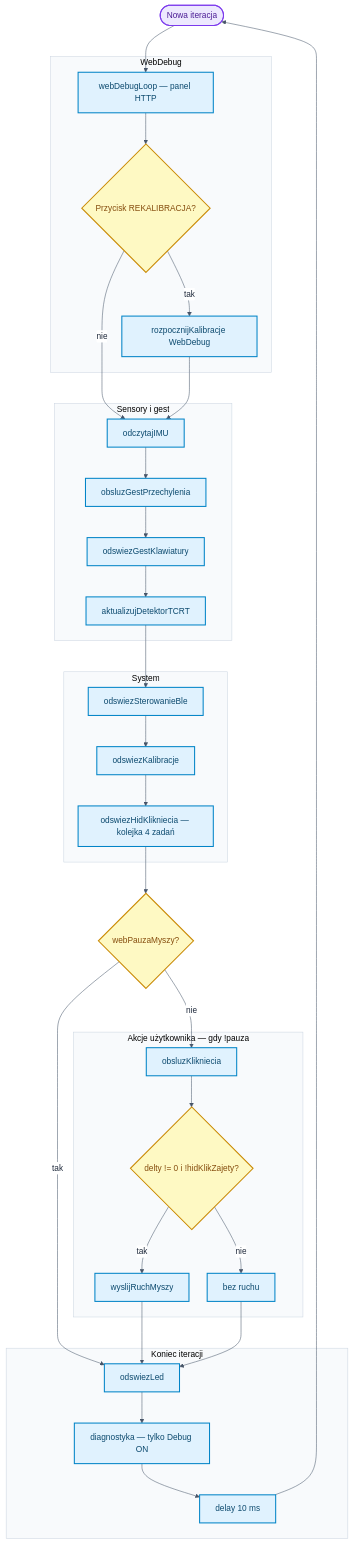
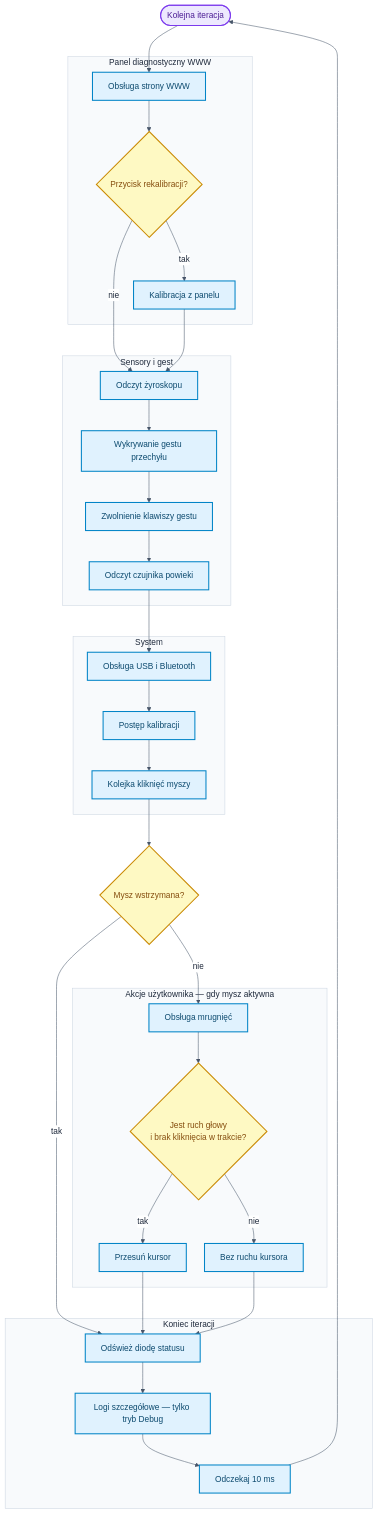
Before and after one commit to bartkadres-ai/HEFAS-4.0: the third of 10 diagrams in README.md, drawn with Mermaid. The commit also changed other lines of this file, not shown here.

````diff
--- a/README.md
+++ b/README.md
@@ -346,67 +346,67 @@
 ```mermaid
-%%{init: {'theme':'base','themeVariables':{'background':'#ffffff','mainBkg':'#ffffff','primaryColor':'#ffffff','primaryTextColor':'#1e293b','primaryBorderColor':'#64748b','lineColor':'#475569','clusterBkg':'#f8fafc','clusterBorder':'#cbd5e1','edgeLabelBackground':'#ffffff'},'flowchart':{'curve':'basis','nodeSpacing':35,'rankSpacing':60}}}%%
+%%{init: {"theme":"base","themeVariables":{"background":"#ffffff","mainBkg":"#ffffff","secondaryColor":"#ffffff","tertiaryColor":"#ffffff","primaryColor":"#ffffff","primaryTextColor":"#1e293b","secondaryTextColor":"#1e293b","tertiaryTextColor":"#1e293b","primaryBorderColor":"#64748b","lineColor":"#475569","clusterBkg":"#f8fafc","clusterBorder":"#cbd5e1","edgeLabelBackground":"#ffffff","textColor":"#1e293b"},"themeCSS":".mermaid,.mermaid svg{background-color:#ffffff!important;padding:8px}.nodeLabel,.edgeLabel,.label,.cluster-label{color:#1e293b!important}.cluster rect{fill:#f8fafc!important;stroke:#cbd5e1!important}","flowchart":{"curve":"basis","nodeSpacing":35,"rankSpacing":60}}}%%
 flowchart TD
-    START([Nowa iteracja]) --> W1
+    START([Kolejna iteracja]) --> W1
 
-    subgraph WEBDBG["WebDebug"]
-        W1[webDebugLoop — panel HTTP]
-        W2{Przycisk REKALIBRACJA?}
-        W3[rozpocznijKalibracje WebDebug]
+    subgraph WEBDBG["Panel diagnostyczny WWW"]
+        W1[Obsługa strony WWW]
+        W2{Przycisk rekalibracji?}
+        W3[Kalibracja z panelu]
         W1 --> W2
         W2 -->|tak| W3
     end
 
     W2 -->|nie| S1
     W3 --> S1
 
     subgraph SENS["Sensory i gest"]
-        S1[odczytajIMU]
-        S2[obsluzGestPrzechylenia]
-        S3[odswiezGestKlawiatury]
-        S4[aktualizujDetektorTCRT]
+        S1[Odczyt żyroskopu]
+        S2[Wykrywanie gestu przechyłu]
+        S3[Zwolnienie klawiszy gestu]
+        S4[Odczyt czujnika powieki]
         S1 --> S2 --> S3 --> S4
     end
 
     S4 --> Y1
 
     subgraph SYS["System"]
-        Y1[odswiezSterowanieBle]
-        Y2[odswiezKalibracje]
-        Y3[odswiezHidKlikniecia — kolejka 4 zadań]
+        Y1[Obsługa USB i Bluetooth]
+        Y2[Postęp kalibracji]
+        Y3[Kolejka kliknięć myszy]
         Y1 --> Y2 --> Y3
     end
 
-    Y3 --> PAUZA{webPauzaMyszy?}
+    Y3 --> PAUZA{Mysz wstrzymana?}
 
     PAUZA -->|nie| A1
     PAUZA -->|tak| L1
 
-    subgraph ACT["Akcje użytkownika — gdy !pauza"]
-        A1[obsluzKlikniecia]
-        A2{delty != 0 i !hidKlikZajety?}
-        A3[wyslijRuchMyszy]
-        A4[bez ruchu]
+    subgraph ACT["Akcje użytkownika — gdy mysz aktywna"]
+        A1[Obsługa mrugnięć]
+        A2{Jest ruch głowy<br/>i brak kliknięcia w trakcie?}
+        A3[Przesuń kursor]
+        A4[Bez ruchu kursora]
         A1 --> A2
         A2 -->|tak| A3
         A2 -->|nie| A4
     end
 
     A3 --> L1
     A4 --> L1
 
     subgraph KONIEC["Koniec iteracji"]
-        L1[odswiezLed]
-        L2[diagnostyka — tylko Debug ON]
-        L3[delay 10 ms]
+        L1[Odśwież diodę statusu]
+        L2[Logi szczegółowe — tylko tryb Debug]
+        L3[Odczekaj 10 ms]
         L1 --> L2 --> L3
     end
 
     L3 --> START
 
     classDef startEnd fill:#ede9fe,stroke:#7c3aed,stroke-width:2px,color:#4c1d95
     classDef process fill:#e0f2fe,stroke:#0284c7,stroke-width:2px,color:#0c4a6e
     classDef decision fill:#fef9c3,stroke:#ca8a04,stroke-width:2px,color:#854d0e
     class START startEnd
     class W1,W3,S1,S2,S3,S4,Y1,Y2,Y3,A1,A3,A4,L1,L2,L3 process
     class W2,PAUZA,A2 decision
 ```
````
